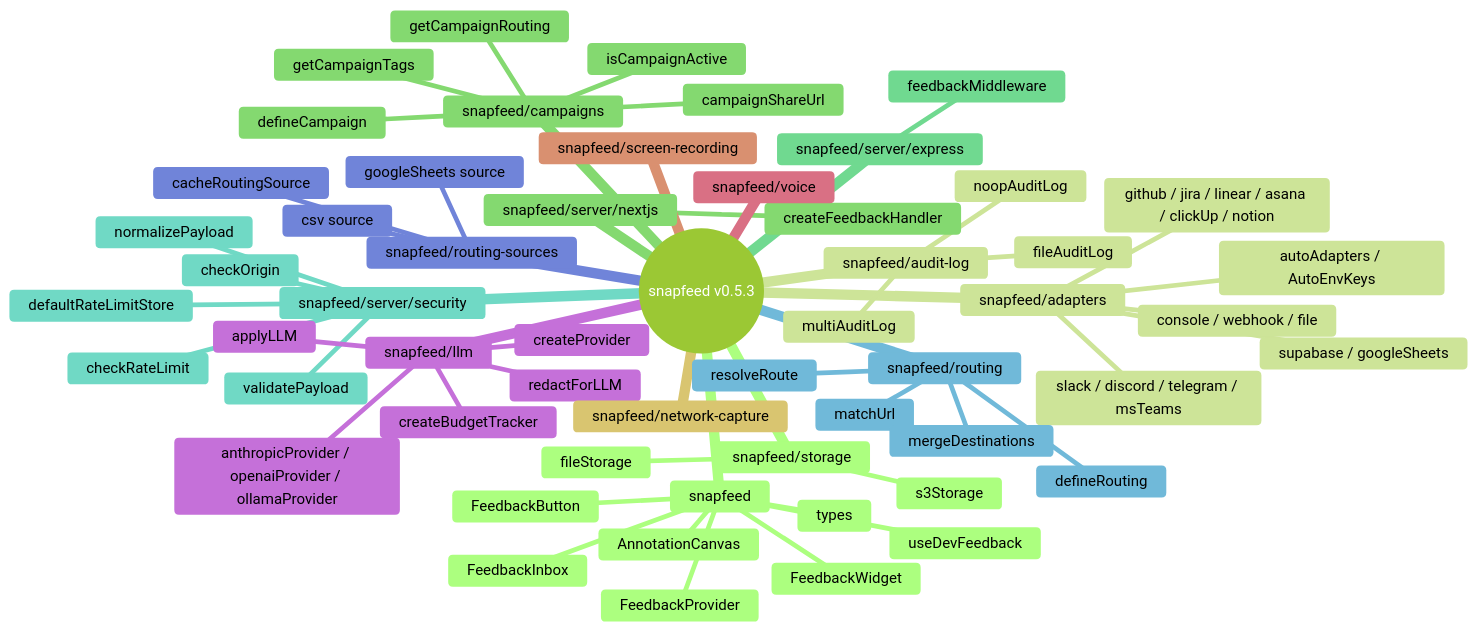
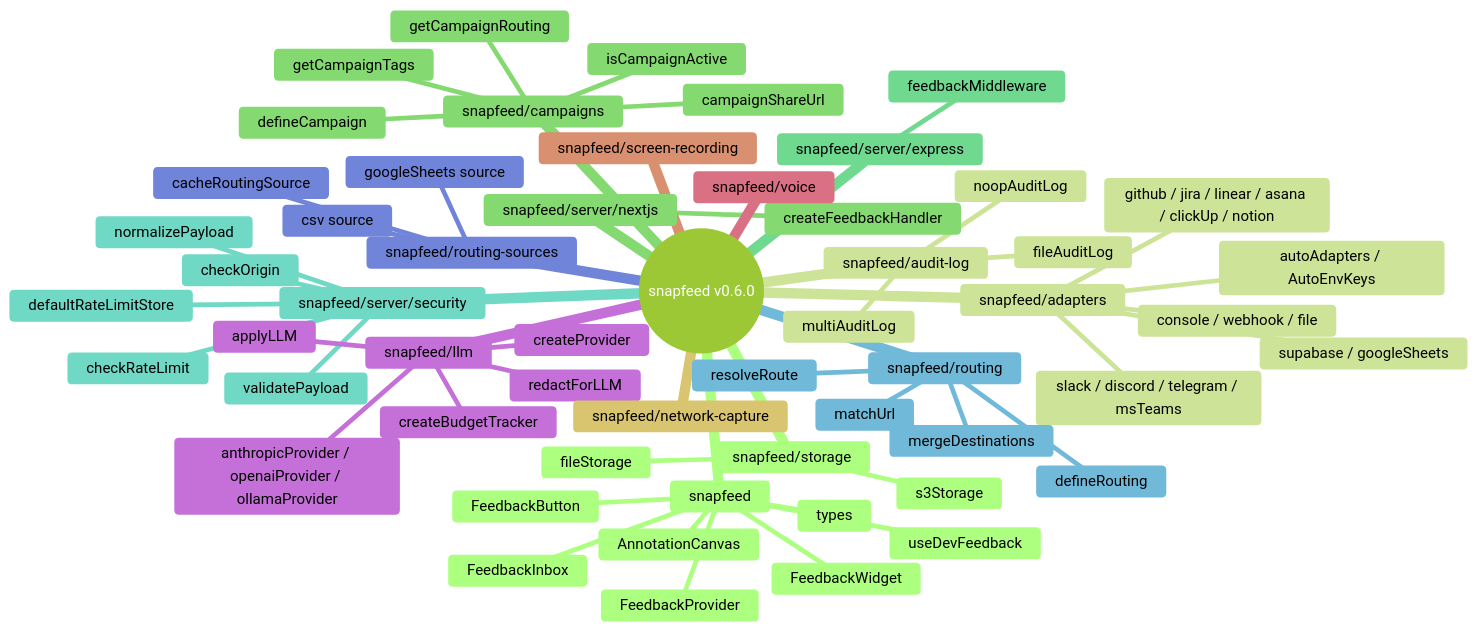
Before and after one commit to shimoverse/snapfeed: diagram 16 of 20 in docs/ARCHITECTURE.md, drawn with Mermaid (forest theme). The commit also changed other lines of this file and 40 other files, not shown here.

````diff
--- a/docs/ARCHITECTURE.md
+++ b/docs/ARCHITECTURE.md
@@ -913,59 +913,59 @@
 ```mermaid
 mindmap
-  root((snapfeed v0.5.3))
+  root((snapfeed v0.6.0))
     snapfeed
       FeedbackProvider
       FeedbackWidget
       FeedbackButton
       FeedbackInbox
       AnnotationCanvas
       useDevFeedback
       types
     snapfeed/adapters
       console / webhook / file
       slack / discord / telegram / msTeams
       github / jira / linear / asana / clickUp / notion
       supabase / googleSheets
       autoAdapters / AutoEnvKeys
     snapfeed/server/nextjs
       createFeedbackHandler
     snapfeed/server/express
       feedbackMiddleware
     snapfeed/server/security
       validatePayload
       checkOrigin
       checkRateLimit
       defaultRateLimitStore
       normalizePayload
     snapfeed/routing
       defineRouting
       resolveRoute
       matchUrl
       mergeDestinations
     snapfeed/routing-sources
       cacheRoutingSource
       csv source
       googleSheets source
     snapfeed/llm
       applyLLM
       createProvider
       anthropicProvider / openaiProvider / ollamaProvider
       createBudgetTracker
       redactForLLM
     snapfeed/voice
     snapfeed/screen-recording
     snapfeed/network-capture
     snapfeed/storage
       fileStorage
       s3Storage
     snapfeed/audit-log
       fileAuditLog
       noopAuditLog
       multiAuditLog
     snapfeed/campaigns
       defineCampaign
       isCampaignActive
       getCampaignTags
       getCampaignRouting
       campaignShareUrl
 ```
````
